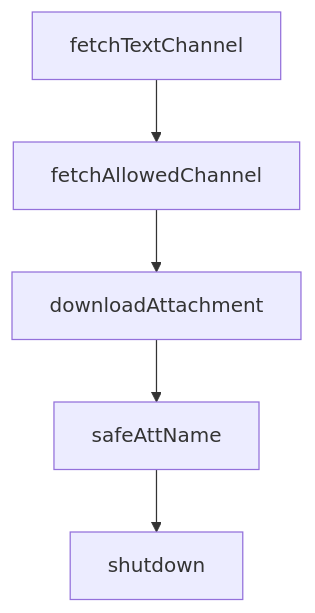
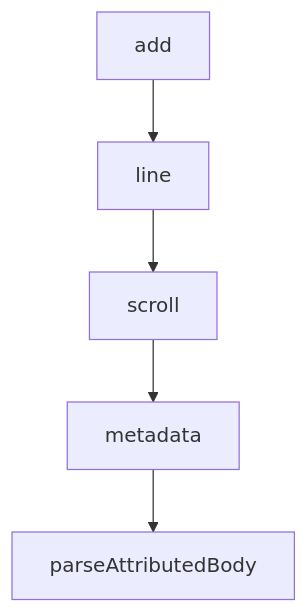
The diagram in tutorials/claude-plugins-official-tutorial/04-commands-agents-skills-hooks-and-mcp-composition.md (johnxie/awesome-code-docs), drawn with Mermaid before and after one commit. The commit also changed other lines of this file and 1232 other files, not shown here.

````diff
--- a/tutorials/claude-plugins-official-tutorial/04-commands-agents-skills-hooks-and-mcp-composition.md
+++ b/tutorials/claude-plugins-official-tutorial/04-commands-agents-skills-hooks-and-mcp-composition.md
@@ -221,12 +212,12 @@
 ```mermaid
 flowchart TD
-    A[fetchTextChannel]
-    B[fetchAllowedChannel]
-    C[downloadAttachment]
-    D[safeAttName]
-    E[shutdown]
+    A[add]
+    B[line]
+    C[scroll]
+    D[metadata]
+    E[parseAttributedBody]
     A --> B
     B --> C
     C --> D
     D --> E
 ```
````
